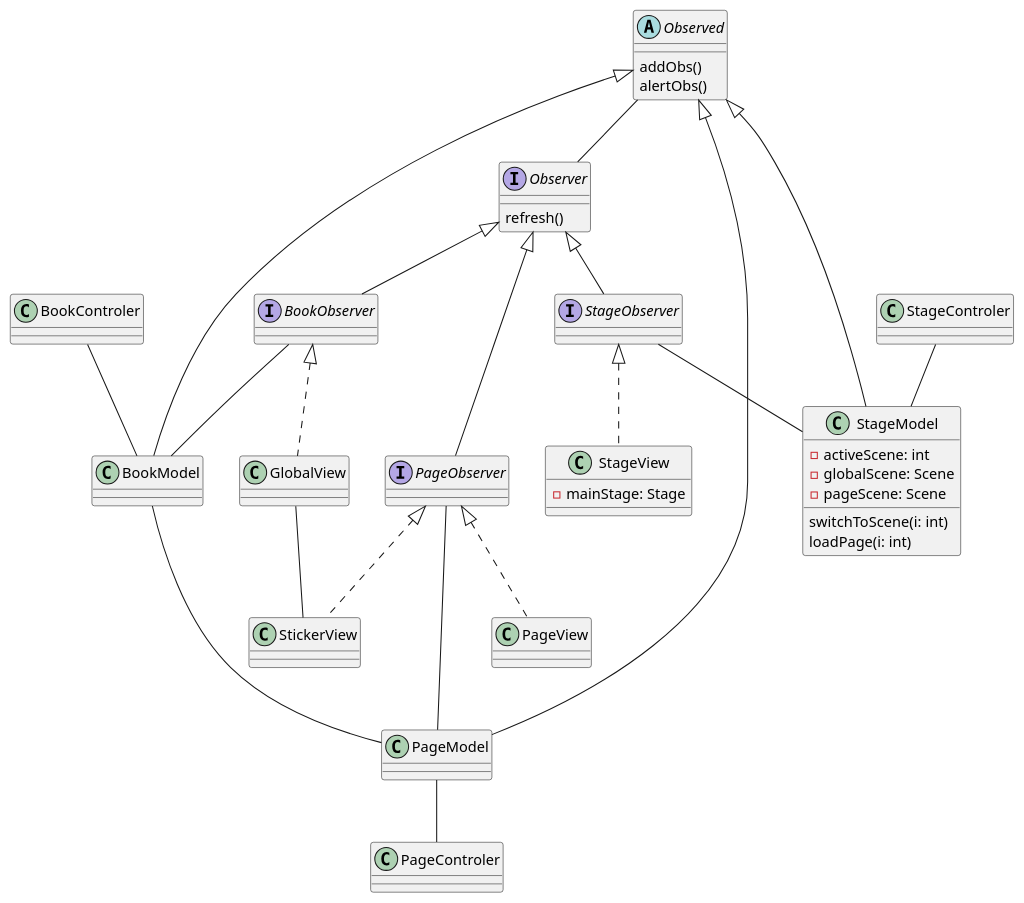
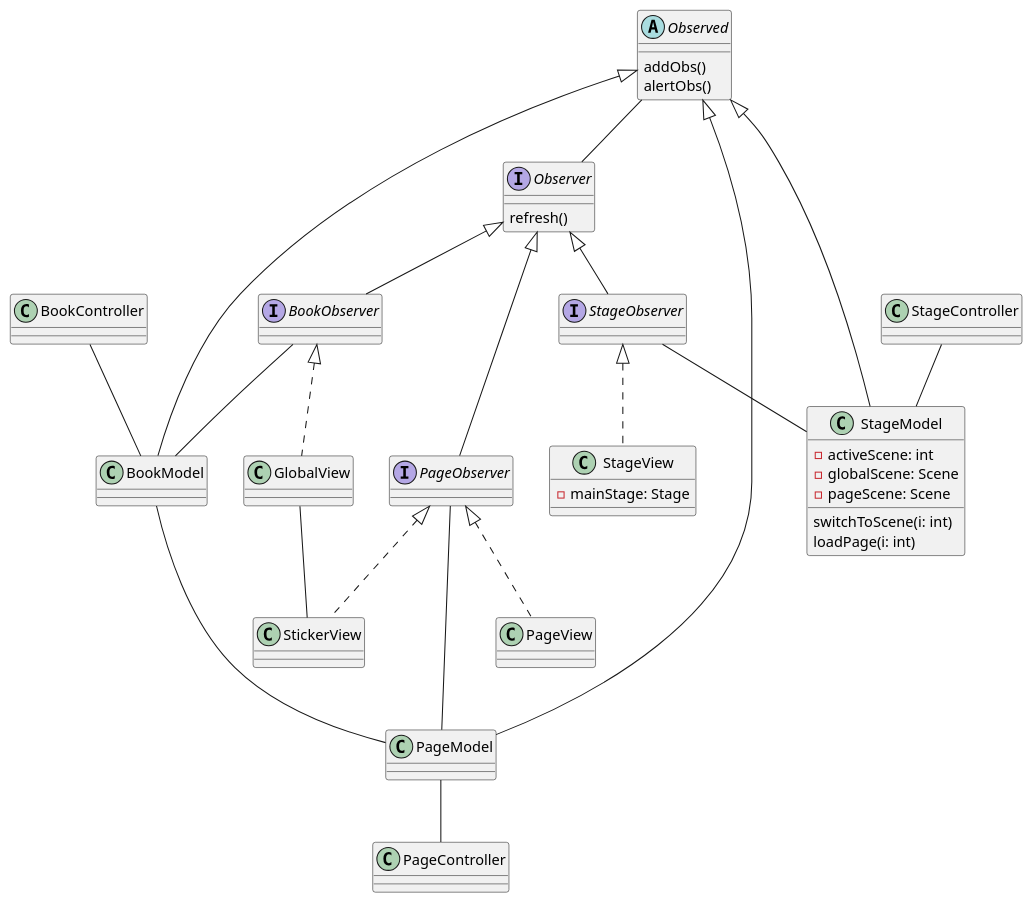
One commit to BigBaz54/TravelBook changed the diagram in classDiagramm.wsd. Above: the diagram before and after it, drawn with PlantUML.

Commit message:
[~] typo

```diff
--- a/classDiagramm.wsd
+++ b/classDiagramm.wsd
@@ -1,86 +1,86 @@
 @startuml class
 
 interface Observer {
     {method} refresh()
 }
 
 interface BookObserver implements Observer {
     
 }
 
 interface PageObserver implements Observer {
 
 }
 
 interface StageObserver implements Observer {
     
 }
 
 abstract class Observed {
     {method} addObs()
     {method} alertObs() 
 }
 
 class BookModel extends Observed {
 
 }
 
 class PageModel extends Observed {
 
 }
 
 class StageModel extends Observed {
     - activeScene: int
     - globalScene: Scene
     - pageScene: Scene
     {method} switchToScene(i: int)
     {method} loadPage(i: int)
 }
 
-class BookControler {
+class BookController {
 
 }
 
-class PageControler {
+class PageController {
 
 }
 
-class StageControler {
+class StageController {
 
 }
 
 class GlobalView implements BookObserver {
 
 }
 
 class PageView implements PageObserver {
 
 }
 
 class StageView implements StageObserver {
 
 }
 
 class StageView {
     - mainStage: Stage
 
 }
 
 class StickerView implements PageObserver{
 
 }
 
-StageControler -- StageModel
-BookControler -- BookModel
-PageModel -- PageControler
+StageController -- StageModel
+BookController -- BookModel
+PageModel -- PageController
 
 StageObserver -- StageModel
 PageObserver -- PageModel
 BookObserver -- BookModel
 GlobalView -- StickerView
 
 BookModel --- PageModel
 
 Observed -- Observer
 
 @enduml
```
